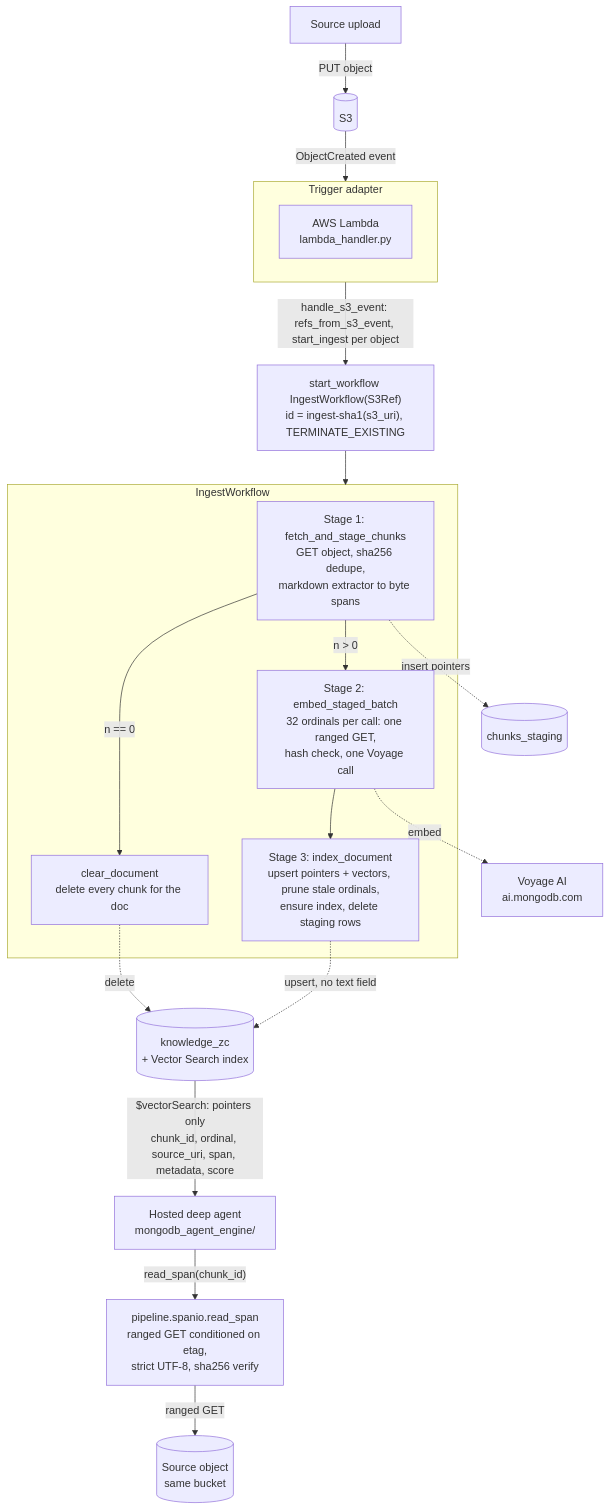
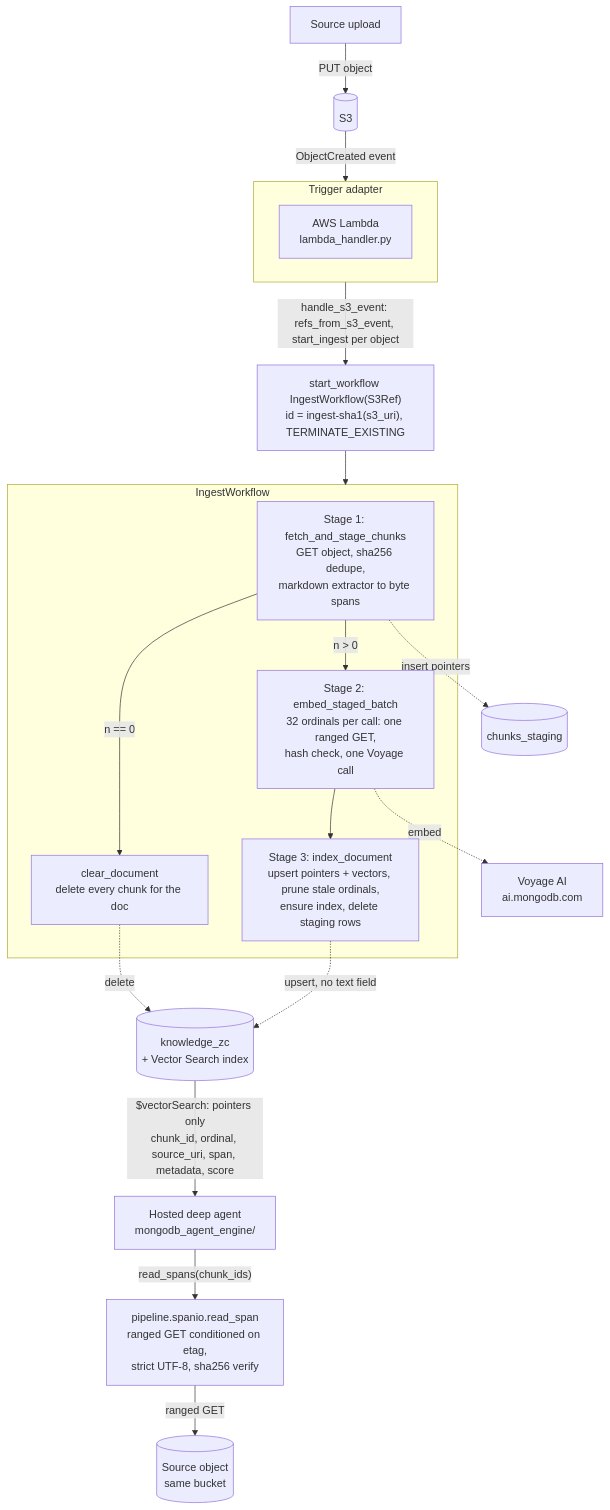
One commit to mohammaddaoudfarooqi/zero-copy-rag changed the first of 3 diagrams in docs/LLD.md. Above: the diagram before and after it, drawn with Mermaid. The commit also changed other lines of this file and 7 other files, not shown here.

````diff
--- a/docs/LLD.md
+++ b/docs/LLD.md
@@ -165,28 +165,28 @@
 ```mermaid
 flowchart TD
     SRC[Source upload] -->|PUT object| S3[(S3)]
     S3 -->|ObjectCreated event| TRG
 
     subgraph TRG[Trigger adapter]
         LAMBDA[AWS Lambda<br/>lambda_handler.py]
     end
 
     TRG -->|handle_s3_event: refs_from_s3_event, start_ingest per object| START
     START["start_workflow IngestWorkflow(S3Ref)<br/>id = ingest-sha1(s3_uri), TERMINATE_EXISTING"] --> WF
 
     subgraph WF[IngestWorkflow]
         A1["Stage 1: fetch_and_stage_chunks<br/>GET object, sha256 dedupe,<br/>markdown extractor to byte spans"]
         A1 -->|n > 0| A2["Stage 2: embed_staged_batch<br/>32 ordinals per call: one ranged GET,<br/>hash check, one Voyage call"]
         A2 --> A3["Stage 3: index_document<br/>upsert pointers + vectors, prune stale ordinals,<br/>ensure index, delete staging rows"]
         A1 -->|n == 0| CLR["clear_document<br/>delete every chunk for the doc"]
     end
 
     A1 -.->|insert pointers| STG[(chunks_staging)]
     A2 -.->|embed| VOY[Voyage AI<br/>ai.mongodb.com]
     A3 -.->|upsert, no text field| KZC[(knowledge_zc<br/>+ Vector Search index)]
     CLR -.->|delete| KZC
 
     KZC -->|"$vectorSearch: pointers only<br/>chunk_id, ordinal, source_uri, span, metadata, score"| AGENT[Hosted deep agent<br/>mongodb_agent_engine/]
-    AGENT -->|"read_span(chunk_id)"| RS["pipeline.spanio.read_span<br/>ranged GET conditioned on etag,<br/>strict UTF-8, sha256 verify"]
+    AGENT -->|"read_spans(chunk_ids)"| RS["pipeline.spanio.read_span<br/>ranged GET conditioned on etag,<br/>strict UTF-8, sha256 verify"]
     RS -->|ranged GET| OBJ[(Source object<br/>same bucket)]
 ```
````
